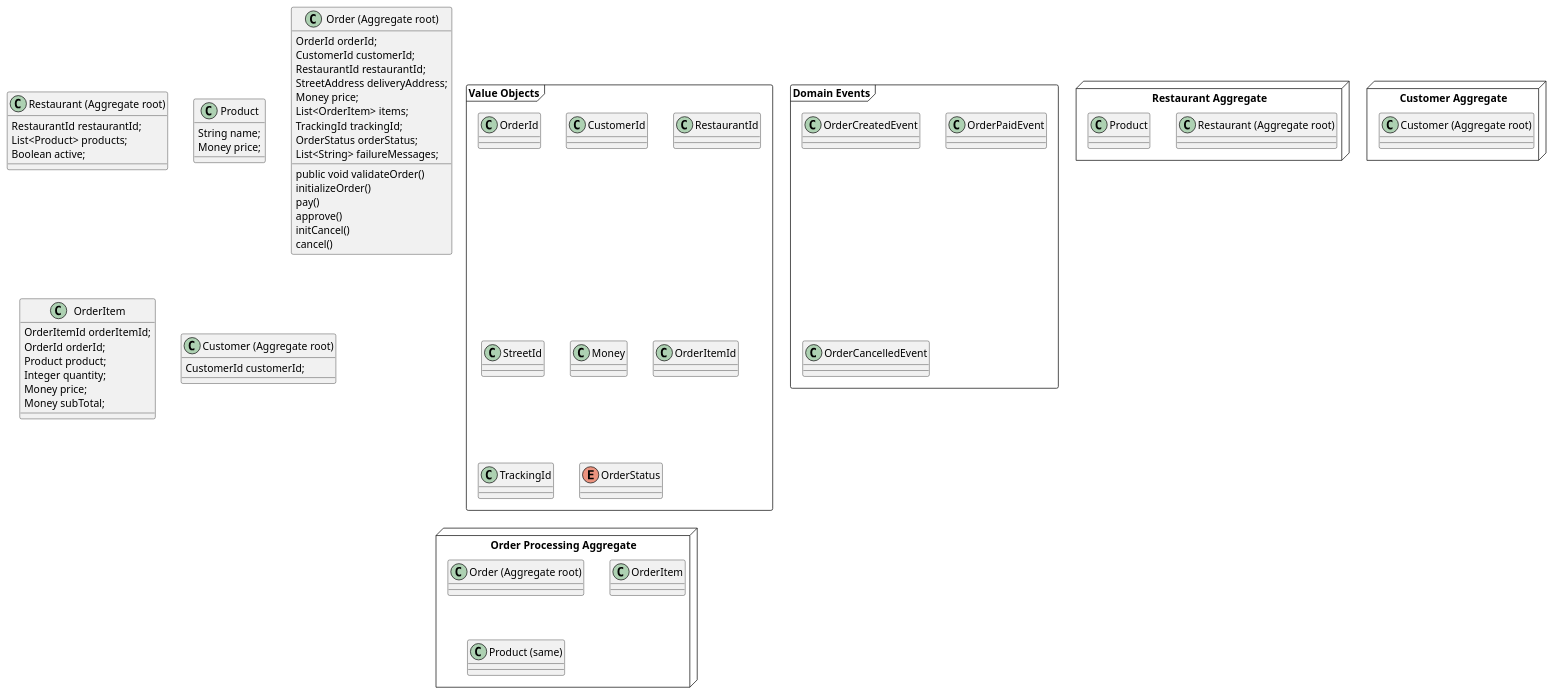
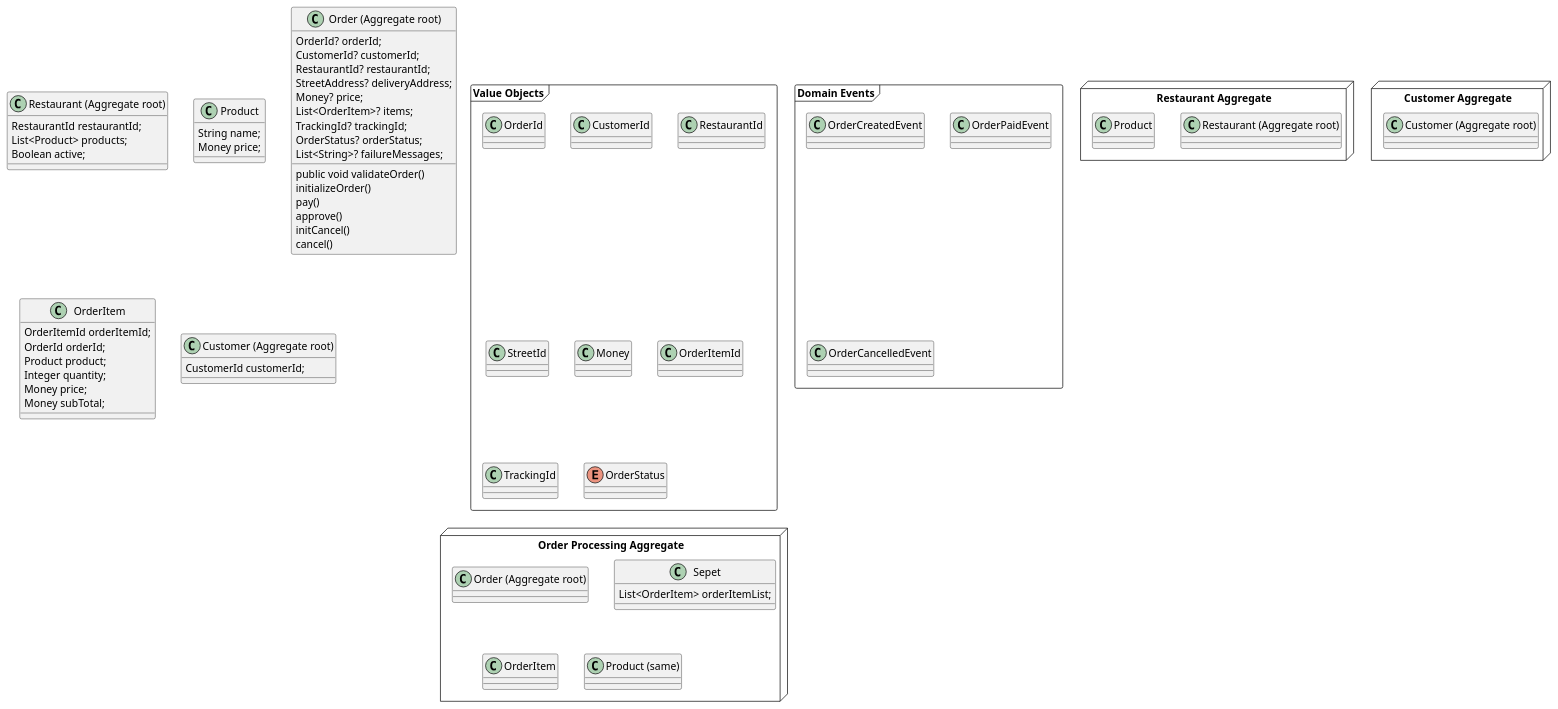
One commit to foorcun/extra_market changed the diagram in plantUml/clean_domain.plantuml. Above: the diagram before and after it, drawn with PlantUML. The commit also changed 43 other files, not shown here.

```diff
--- a/plantUml/clean_domain.plantuml
+++ b/plantUml/clean_domain.plantuml
@@ -1,110 +1,116 @@
 @startuml
 'value objects
 frame "Value Objects"{
 
-class OrderId
+    class OrderId
 
-class CustomerId
+    class CustomerId
 
-class RestaurantId
+    class RestaurantId
 
-class StreetId
+    class StreetId
 
-class Money
+    class Money
 
-class OrderItemId
+    class OrderItemId
 
-class TrackingId
+    class TrackingId
 
-enum OrderStatus
+    enum OrderStatus
 
 }
 
 'domain events
 frame "Domain Events"{
-class OrderCreatedEvent
+    class OrderCreatedEvent
 
-class OrderPaidEvent
+    class OrderPaidEvent
 
-class OrderCancelledEvent
+    class OrderCancelledEvent
 
 }
 
 
 ' aggregate roots
 node "Order Processing Aggregate"{
-class "Order (Aggregate root)"
+    class "Order (Aggregate root)"
 
-class OrderItem
+    class Sepet{
+        List<OrderItem> orderItemList;
+    }
 
-class "Product (same)"
+    class OrderItem
+
+    class "Product (same)"
 }
 
 node "Restaurant Aggregate"{
 
-class "Restaurant (Aggregate root)"
+    class "Restaurant (Aggregate root)"
 
-class Product
+    class Product
 
 }
 
 
 node "Customer Aggregate"{
-class "Customer (Aggregate root)"
+    class "Customer (Aggregate root)"
 
 
 }
+
+
 
 
 
 ' classes with field variables and methods
 
 class "Restaurant (Aggregate root)"{
 
-RestaurantId restaurantId;
-List<Product> products;
-Boolean active;
+    RestaurantId restaurantId;
+    List<Product> products;
+    Boolean active;
 
 }
 class Product{
 
-String name;
-Money price;
+    String name;
+    Money price;
 
 }
 
 
 class "Order (Aggregate root)"{
-OrderId orderId;
-CustomerId customerId;
-RestaurantId restaurantId;
-StreetAddress deliveryAddress;
-Money price;
-List<OrderItem> items;
-TrackingId trackingId;
-OrderStatus orderStatus;
-List<String> failureMessages;
+    OrderId? orderId;
+    CustomerId? customerId;
+    RestaurantId? restaurantId;
+    StreetAddress? deliveryAddress;
+    Money? price;
+    List<OrderItem>? items;
+    TrackingId? trackingId;
+    OrderStatus? orderStatus;
+    List<String>? failureMessages;
 
-public void validateOrder()
-initializeOrder()
-pay()
-approve()
-initCancel()
-cancel()
+    public void validateOrder()
+    initializeOrder()
+    pay()
+    approve()
+    initCancel()
+    cancel()
 }
 
 class OrderItem{
 
-OrderItemId orderItemId;
-OrderId orderId;
-Product product;
-Integer quantity;
-Money price;
-Money subTotal;
+    OrderItemId orderItemId;
+    OrderId orderId;
+    Product product;
+    Integer quantity;
+    Money price;
+    Money subTotal;
 
 }
 
 class "Customer (Aggregate root)"{
-CustomerId customerId;
+    CustomerId customerId;
 }
 @enduml
```
